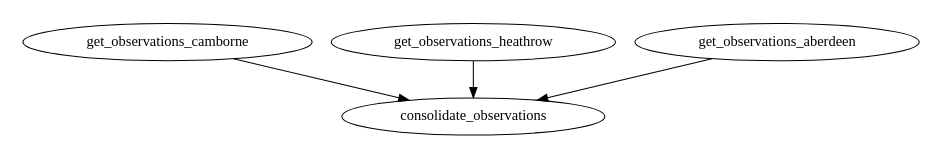
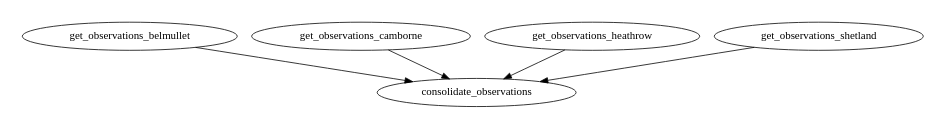
One commit to metomi/rose changed the first of 5 diagrams in sphinx/tutorial/cylc/scheduling/datetime-cycling.rst. Above: the diagram before and after it, drawn with Graphviz. The commit also changed other lines of this file, not shown here.

Commit message:
Tutorial suite erratum

```diff
--- a/sphinx/tutorial/cylc/scheduling/datetime-cycling.rst
+++ b/sphinx/tutorial/cylc/scheduling/datetime-cycling.rst
@@ -248,9 +248,10 @@
 .. digraph:: example
    :align: center
 
    size = "5,4"
    bgcolor=none
 
+   get_observations_belmullet -> consolidate_observations
    get_observations_camborne -> consolidate_observations
    get_observations_heathrow -> consolidate_observations
-   get_observations_aberdeen -> consolidate_observations
+   get_observations_shetland -> consolidate_observations
```
